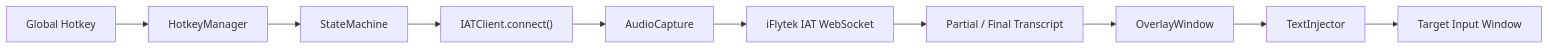
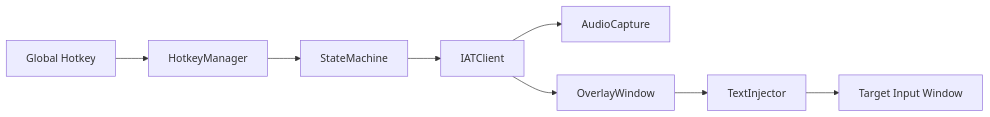
One commit to GodvFocus/InnerVoice changed the first of 2 diagrams in README.md. Above: the diagram before and after it, drawn with Mermaid. The commit also changed other lines of this file and 4 other files, not shown here.

````diff
--- a/README.md
+++ b/README.md
@@ -67,12 +55,10 @@
 ```mermaid
 flowchart LR
     A["Global Hotkey"] --> B["HotkeyManager"]
     B --> C["StateMachine"]
-    C --> D["IATClient.connect()"]
+    C --> D["IATClient"]
     D --> E["AudioCapture"]
-    E --> F["iFlytek IAT WebSocket"]
-    F --> G["Partial / Final Transcript"]
-    G --> H["OverlayWindow"]
-    H --> I["TextInjector"]
-    I --> J["Target Input Window"]
+    D --> F["OverlayWindow"]
+    F --> G["TextInjector"]
+    G --> H["Target Input Window"]
 ```
````
